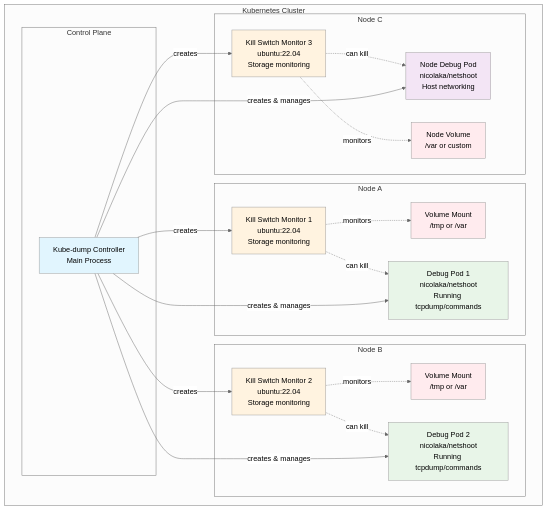
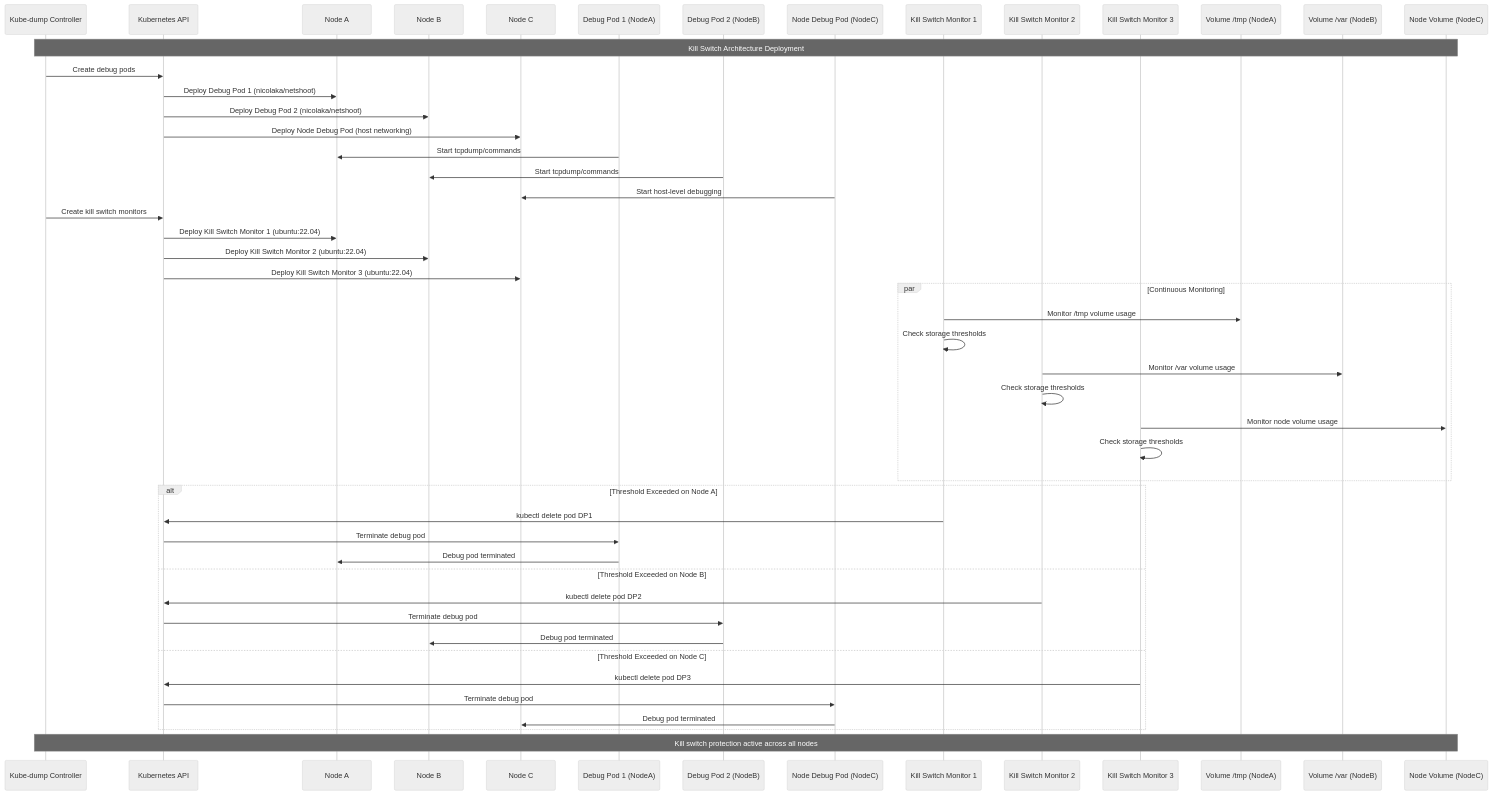
One commit to 8-cm/kube-dump changed the first of 5 diagrams in docs/kill-switch-architecture.md. Above: the diagram before and after it, drawn with Mermaid (neutral theme). The commit also changed other lines of this file and 5 other files, not shown here.

````diff
--- a/docs/kill-switch-architecture.md
+++ b/docs/kill-switch-architecture.md
@@ -5,53 +7,58 @@
 ```mermaid
-graph TB
-    subgraph "Kubernetes Cluster"
-        subgraph "Control Plane"
-            KC[Kube-dump Controller<br/>Main Process]
-        end
-        
-        subgraph "Node A"
-            DP1[Debug Pod 1<br/>nicolaka/netshoot<br/>Running tcpdump/commands]
-            KM1[Kill Switch Monitor 1<br/>ubuntu:22.04<br/>Storage monitoring]
-            VOL1[Volume Mount<br/>/tmp or /var]
-            
-            KM1 -.->|monitors| VOL1
-            KM1 -.->|can kill| DP1
-        end
-        
-        subgraph "Node B"
-            DP2[Debug Pod 2<br/>nicolaka/netshoot<br/>Running tcpdump/commands]
-            KM2[Kill Switch Monitor 2<br/>ubuntu:22.04<br/>Storage monitoring]
-            VOL2[Volume Mount<br/>/tmp or /var]
-            
-            KM2 -.->|monitors| VOL2
-            KM2 -.->|can kill| DP2
-        end
-        
-        subgraph "Node C"
-            DP3[Node Debug Pod<br/>nicolaka/netshoot<br/>Host networking]
-            KM3[Kill Switch Monitor 3<br/>ubuntu:22.04<br/>Storage monitoring]
-            VOL3[Node Volume<br/>/var or custom]
-            
-            KM3 -.->|monitors| VOL3
-            KM3 -.->|can kill| DP3
-        end
+sequenceDiagram
+    participant KC as Kube-dump Controller
+    participant K8s as Kubernetes API
+    participant NodeA as Node A
+    participant NodeB as Node B
+    participant NodeC as Node C
+    participant DP1 as Debug Pod 1 (NodeA)
+    participant DP2 as Debug Pod 2 (NodeB)
+    participant DP3 as Node Debug Pod (NodeC)
+    participant KM1 as Kill Switch Monitor 1
+    participant KM2 as Kill Switch Monitor 2
+    participant KM3 as Kill Switch Monitor 3
+    participant VOL1 as Volume /tmp (NodeA)
+    participant VOL2 as Volume /var (NodeB)
+    participant VOL3 as Node Volume (NodeC)
+
+    Note over KC,VOL3: Kill Switch Architecture Deployment
+
+    KC->>K8s: Create debug pods
+    K8s->>NodeA: Deploy Debug Pod 1 (nicolaka/netshoot)
+    K8s->>NodeB: Deploy Debug Pod 2 (nicolaka/netshoot)
+    K8s->>NodeC: Deploy Node Debug Pod (host networking)
+
+    DP1->>NodeA: Start tcpdump/commands
+    DP2->>NodeB: Start tcpdump/commands
+    DP3->>NodeC: Start host-level debugging
+
+    KC->>K8s: Create kill switch monitors
+    K8s->>NodeA: Deploy Kill Switch Monitor 1 (ubuntu:22.04)
+    K8s->>NodeB: Deploy Kill Switch Monitor 2 (ubuntu:22.04)
+    K8s->>NodeC: Deploy Kill Switch Monitor 3 (ubuntu:22.04)
+
+    par Continuous Monitoring
+        KM1->>VOL1: Monitor /tmp volume usage
+        KM1->>KM1: Check storage thresholds
+        KM2->>VOL2: Monitor /var volume usage
+        KM2->>KM2: Check storage thresholds
+        KM3->>VOL3: Monitor node volume usage
+        KM3->>KM3: Check storage thresholds
     end
-    
-    KC -->|creates & manages| DP1
-    KC -->|creates & manages| DP2
-    KC -->|creates & manages| DP3
-    KC -->|creates| KM1
-    KC -->|creates| KM2
-    KC -->|creates| KM3
-    
-    style KC fill:#e1f5fe
-    style DP1 fill:#e8f5e8
-    style DP2 fill:#e8f5e8
-    style DP3 fill:#f3e5f5
-    style KM1 fill:#fff3e0
-    style KM2 fill:#fff3e0
-    style KM3 fill:#fff3e0
-    style VOL1 fill:#ffebee
-    style VOL2 fill:#ffebee
-    style VOL3 fill:#ffebee
+
+    alt Threshold Exceeded on Node A
+        KM1->>K8s: kubectl delete pod DP1
+        K8s->>DP1: Terminate debug pod
+        DP1->>NodeA: Debug pod terminated
+    else Threshold Exceeded on Node B
+        KM2->>K8s: kubectl delete pod DP2
+        K8s->>DP2: Terminate debug pod
+        DP2->>NodeB: Debug pod terminated
+    else Threshold Exceeded on Node C
+        KM3->>K8s: kubectl delete pod DP3
+        K8s->>DP3: Terminate debug pod
+        DP3->>NodeC: Debug pod terminated
+    end
+
+    Note over KC,VOL3: Kill switch protection active across all nodes
 ```
````
